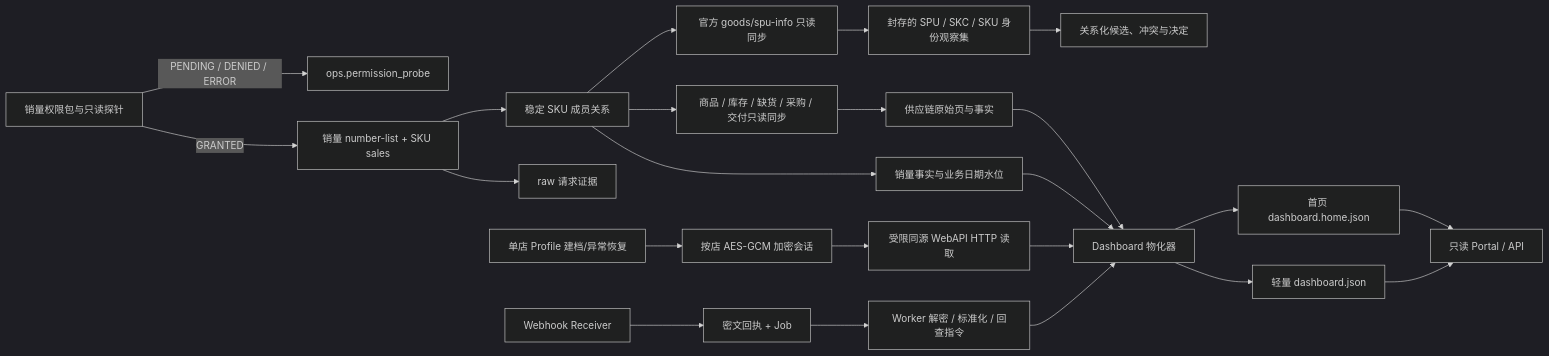
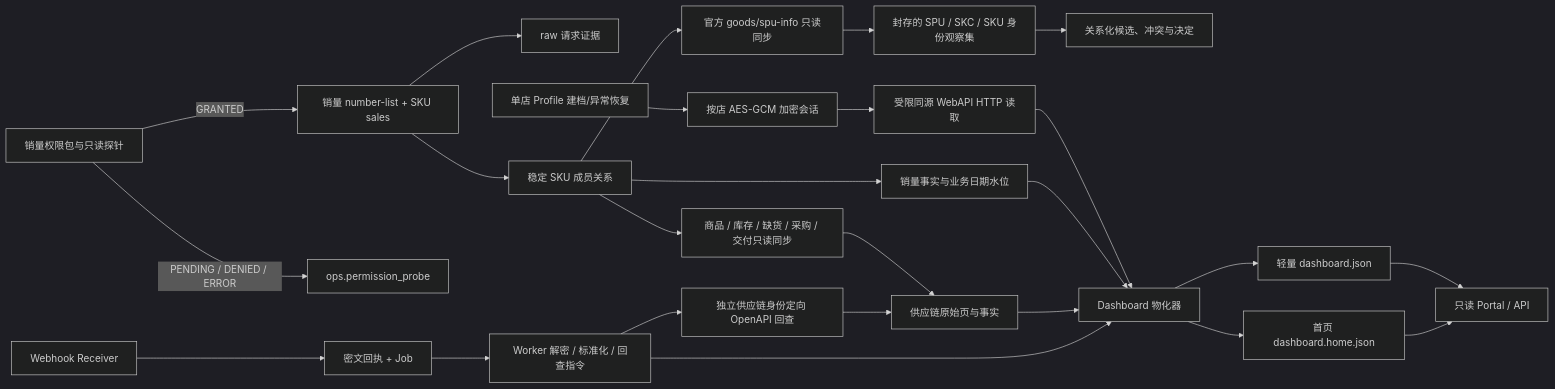
The diagram in docs/architecture.md (dushengyi1993/shein-full-managed-bi), drawn with Mermaid (dark theme) before and after one commit. The commit also changed other lines of this file and 31 other files, not shown here.

````diff
--- a/docs/architecture.md
+++ b/docs/architecture.md
@@ -11,25 +11,27 @@
 ```mermaid
 flowchart LR
     P["销量权限包与只读探针"] -->|GRANTED| S["销量 number-list + SKU sales"]
     P -->|PENDING / DENIED / ERROR| O["ops.permission_probe"]
     S --> R["raw 请求证据"]
     S --> D["稳定 SKU 成员关系"]
     D --> SF["销量事实与业务日期水位"]
     D --> Q["商品 / 库存 / 缺货 / 采购 / 交付只读同步"]
     Q --> RF["供应链原始页与事实"]
     D --> GI["官方 goods/spu-info 只读同步"]
     GI --> IO["封存的 SPU / SKC / SKU 身份观察集"]
     IO --> IC["关系化候选、冲突与决定"]
     CP["单店 Profile 建档/异常恢复"] --> ES["按店 AES-GCM 加密会话"]
     ES --> WB["受限同源 WebAPI HTTP 读取"]
     WB --> M
     WH["Webhook Receiver"] --> WR["密文回执 + Job"]
     WR --> WW["Worker 解密 / 标准化 / 回查指令"]
+    WW --> HY["独立供应链身份定向 OpenAPI 回查"]
+    HY --> RF
     SF --> M["Dashboard 物化器"]
     RF --> M
     WW --> M
     M --> J["轻量 dashboard.json"]
     M --> H["首页 dashboard.home.json"]
     J --> BI["只读 Portal / API"]
     H --> BI
 ```
````
